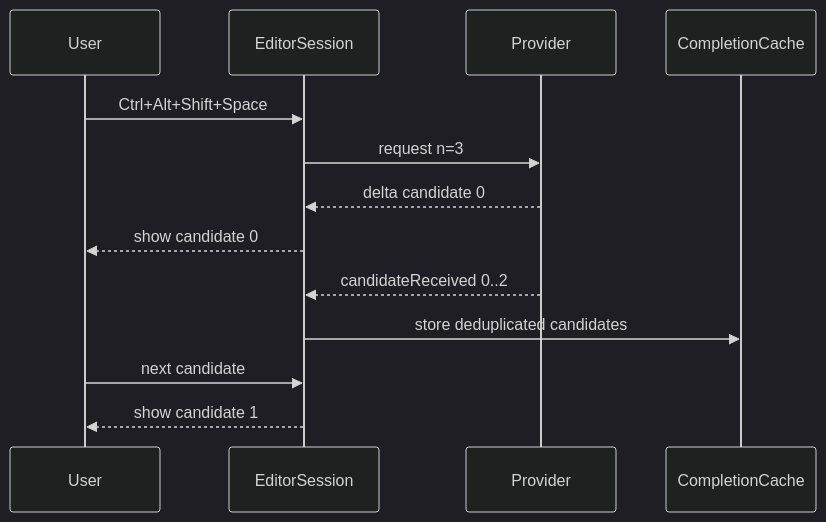
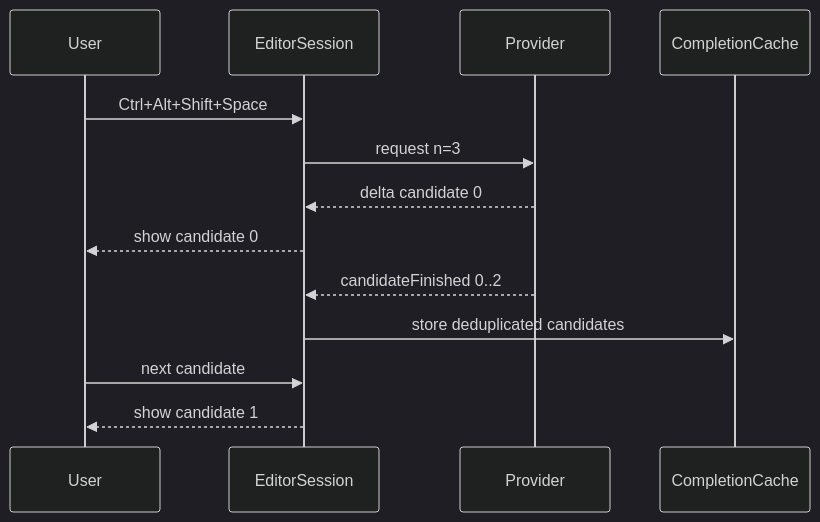
The first of 2 diagrams in docs/plans/2026-05-16-kate-ai-phase3c-candidate-cycling-and-speculation-design.md (pe200012/kate-copilot), drawn with Mermaid (dark theme) before and after one commit. The commit also changed other lines of this file and 9 other files, not shown here.

````diff
--- a/docs/plans/2026-05-16-kate-ai-phase3c-candidate-cycling-and-speculation-design.md
+++ b/docs/plans/2026-05-16-kate-ai-phase3c-candidate-cycling-and-speculation-design.md
@@ -361,15 +360,15 @@
 ```mermaid
 sequenceDiagram
     participant U as User
     participant S as EditorSession
     participant P as Provider
     participant C as CompletionCache
     U->>S: Ctrl+Alt+Shift+Space
     S->>P: request n=3
     P-->>S: delta candidate 0
     S-->>U: show candidate 0
-    P-->>S: candidateReceived 0..2
+    P-->>S: candidateFinished 0..2
     S->>C: store deduplicated candidates
     U->>S: next candidate
     S-->>U: show candidate 1
 ```
````
